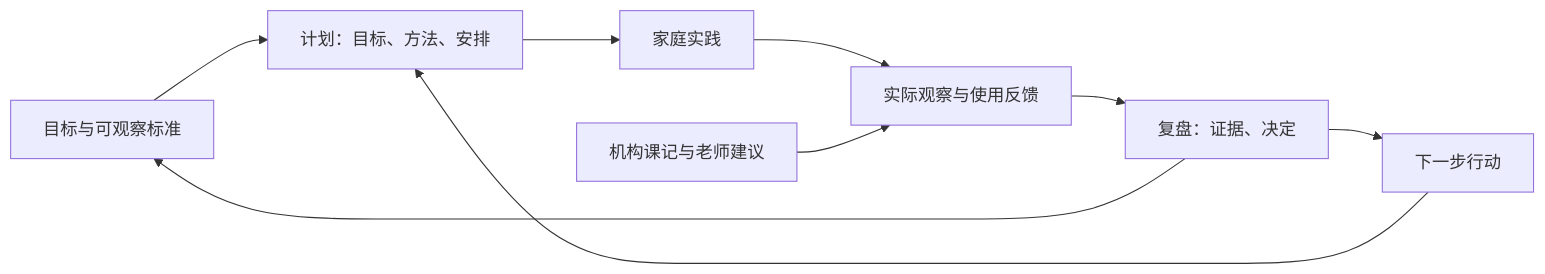
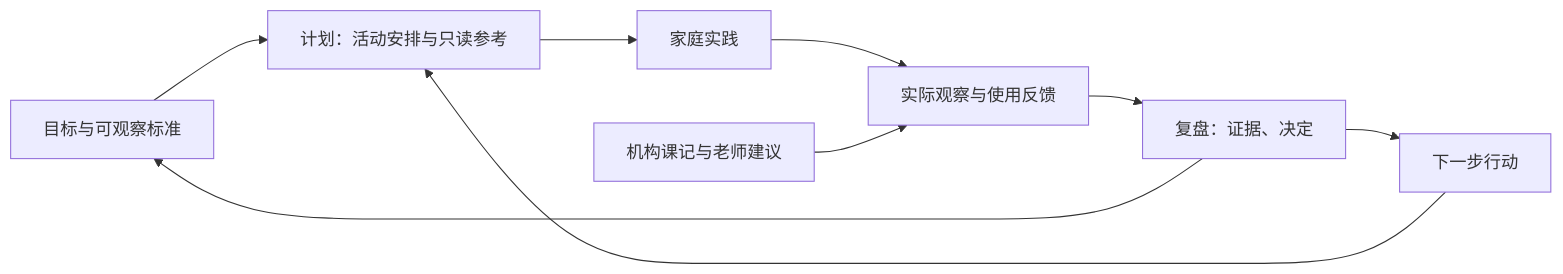
The first of 2 diagrams in docs/prd-family-intervention.md (q9good/skarmar), drawn with Mermaid before and after one commit. The commit also changed other lines of this file and 42 other files, not shown here.

````diff
--- a/docs/prd-family-intervention.md
+++ b/docs/prd-family-intervention.md
@@ -44,11 +46,11 @@
 ```mermaid
 flowchart LR
-  G[目标与可观察标准] --> P[计划：目标、方法、安排]
+  G[目标与可观察标准] --> P[计划：活动安排与只读参考]
   P --> D[家庭实践]
   D --> O[实际观察与使用反馈]
   L[机构课记与老师建议] --> O
   O --> R[复盘：证据、决定]
   R --> A[下一步行动]
   A --> P
   R --> G
 ```
````
